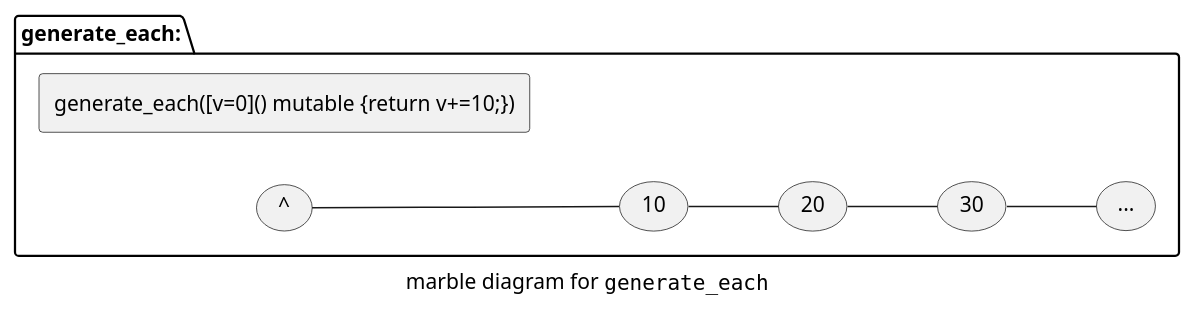
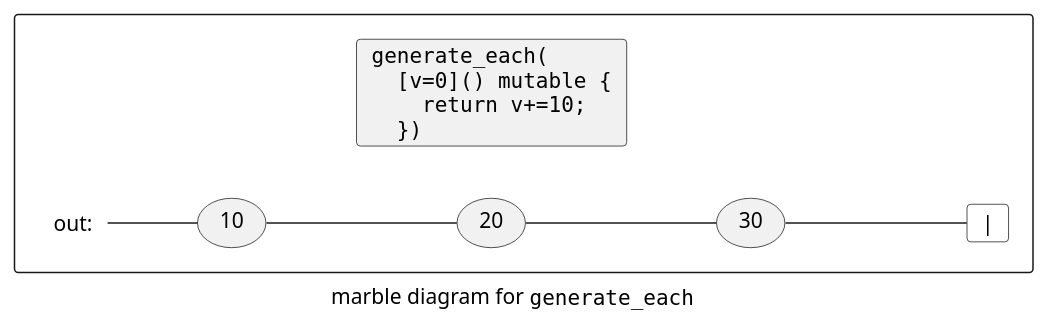
Before and after one commit to kirkshoop/sequence-next: diagram 11 of 16 in sequences.md, drawn with PlantUML. The commit also changed other lines of this file, not shown here.

````diff
--- a/sequences.md
+++ b/sequences.md
@@ -540,11 +595,18 @@
 ```plantuml
 caption marble diagram for ""generate_each""
 left to right direction
-package generate_each: {
-rectangle ""generate_each([v=0]() mutable {return v+=10;})""
-(^) -- (10)
-(10) -- (20)
-(20) -- (30)
-(30) -- (...)
+rectangle {
+usecase anc as " " #transparent;line:transparent
+card fn as """generate_each(""\n""  [v=0]() mutable {""\n""    return v+=10;""\n""  })""" 
+anc -[hidden]-- fn
+card oS as "out:" #transparent;line:transparent
+usecase o10 as "10"
+usecase o20 as "20"
+usecase o30 as "30"
+card oE as "|" #transparent
+oS -- o10
+o10 -- o20
+o20 -- o30
+o30 --- oE
 }
 ```
````
